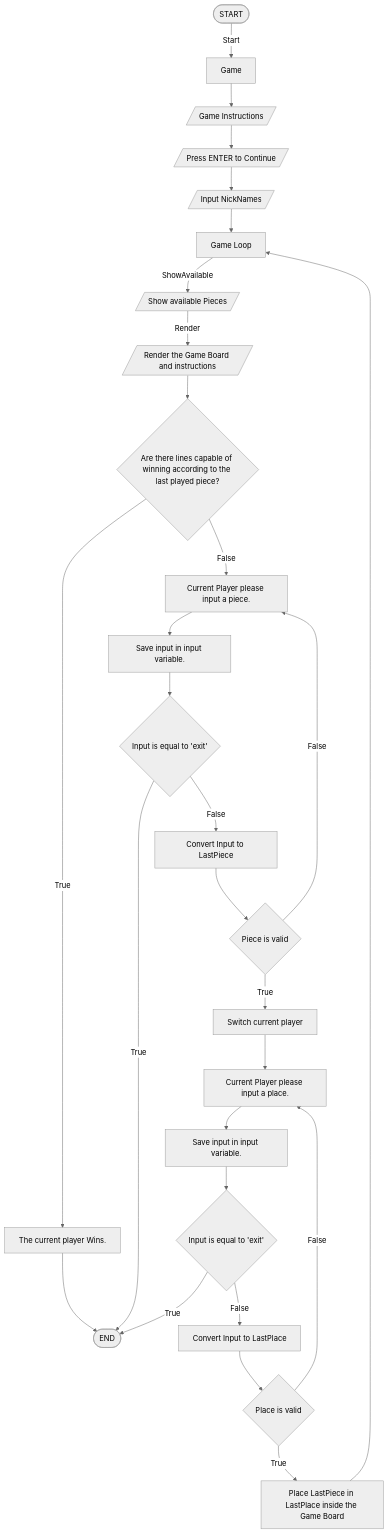
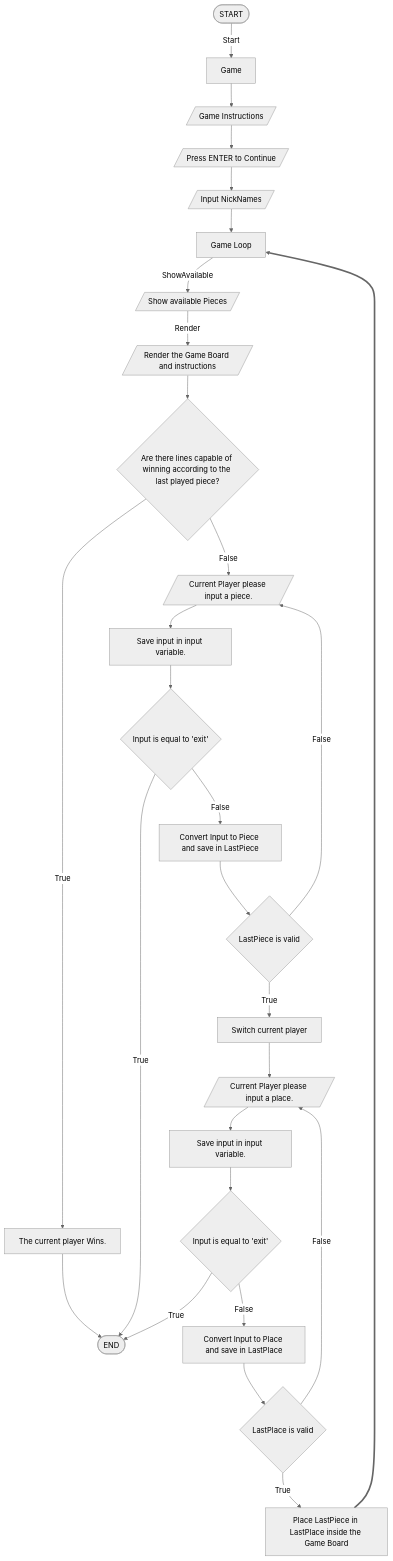
One commit to notCroptu/LP1Proj01 changed the diagram in README.md. Above: the diagram before and after it, drawn with Mermaid (neutral theme). The commit also changed other lines of this file, not shown here.

Commit message:
Edited references ideas and flowchart

````diff
--- a/README.md
+++ b/README.md
@@ -118,30 +118,30 @@
 ```mermaid
 flowchart TD;
     S([START]) -- Start --> G[Game];
     G --> Ins[/Game Instructions/];
     Ins --> PEnter[/Press ENTER to Continue/];
     PEnter --> Nick[/Input NickNames/];
     Nick --> GL[Game Loop];
 
     GL -- ShowAvailable --> SA[/Show available Pieces/];
     SA -- Render --> R[/Render the Game Board and instructions/];
     R --> If{Are there lines capable of winning according to the last played piece?};
     
     If -- True --> Win[The current player Wins.] --> E([END]);
-    If -- False --> InpPiece[Current Player please input a piece.] --> Input[Save input in input variable.] --> If2{Input is equal to 'exit'};
+    If -- False --> InpPiece[/Current Player please input a piece./] --> Input[Save input in input variable.] --> If2{Input is equal to 'exit'};
 
     If2 -- True --> E([END]);
-    If2 -- False --> ConPiece[Convert Input to LastPiece] --> If3{Piece is valid};
+    If2 -- False --> ConPiece[Convert Input to Piece and save in LastPiece] --> If3{LastPiece is valid};
 
     If3 -- False --> InpPiece;
     If3 -- True --> Switch[Switch current player];
     
-    Switch --> InpPlace[Current Player please input a place.] --> Input2[Save input in input variable.] --> If4{Input is equal to 'exit'};
+    Switch --> InpPlace[/Current Player please input a place./] --> Input2[Save input in input variable.] --> If4{Input is equal to 'exit'};
 
     If4 -- True --> E([END]);
-    If4 -- False --> ConPlace[Convert Input to LastPlace] --> If5{Place is valid};
+    If4 -- False --> ConPlace[Convert Input to Place and save in LastPlace] --> If5{LastPlace is valid};
     
     If5 -- False --> InpPlace;
     If5 -- True --> Place[Place LastPiece in LastPlace inside the Game Board];
-    Place --> GL;
+    Place ==> GL;
 ```
````
